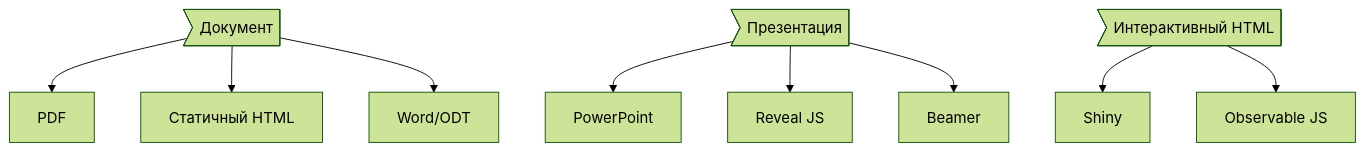
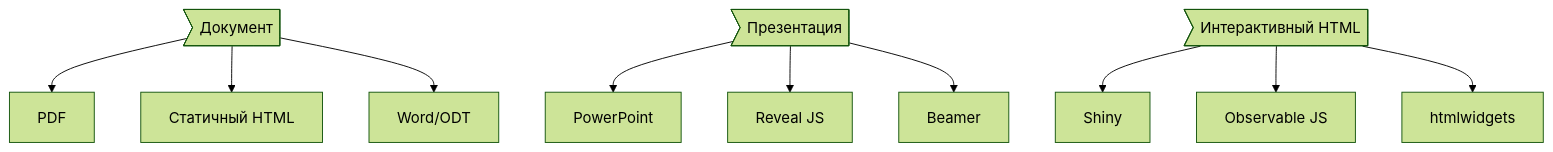
The second of 2 diagrams in 01-Quarto/slides_draft.qmd (Marwolaeth/OTUS_R4DA), drawn with Mermaid (forest theme) before and after one commit. The commit also changed other lines of this file and 3 other files, not shown here.

````diff
--- a/01-Quarto/slides_draft.qmd
+++ b/01-Quarto/slides_draft.qmd
@@ -215,21 +225,22 @@
 ```{mermaid quarto-types}
 flowchart TD
  typeD>Документ]
  typeP>Презентация]
  typeI>Интерактивный HTML]
  
  formatPDF[PDF]
  formatHTML[Статичный HTML]
  formatWord[Word/ODT]
  
  formatPP[PowerPoint]
  formatRJS[Reveal JS]
  formatBeamer[Beamer]
  
  formatShiny[Shiny]
  formatOJS[Observable JS]
+ formatHW[htmlwidgets]
  
  typeD --> formatPDF & formatHTML & formatWord
  typeP --> formatPP  & formatRJS &  formatBeamer
- typeI --> formatShiny  & formatOJS
+ typeI --> formatShiny  & formatOJS & formatHW
 ```
````
